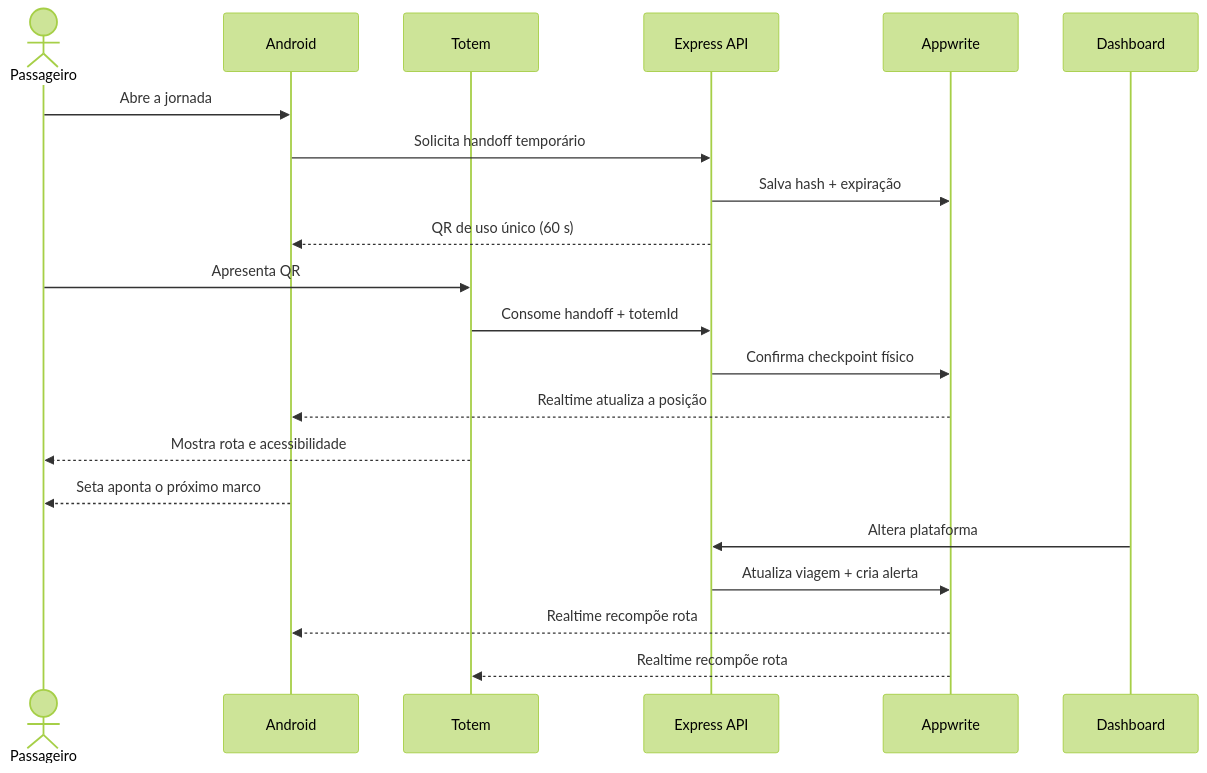
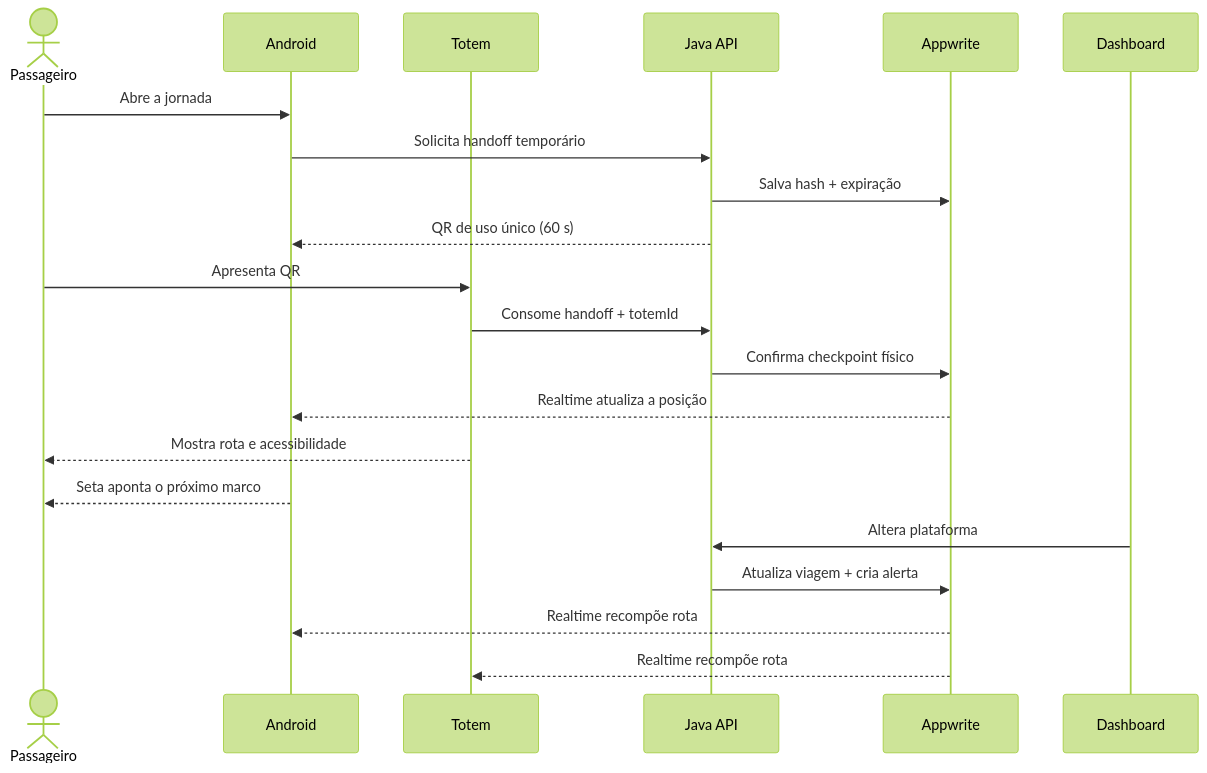
Before and after one commit to willahealm/challenge-fiap: the diagram in docs/04-arquitetura.md, drawn with Mermaid (forest theme). The commit also changed other lines of this file and 11 other files, not shown here.

````diff
--- a/docs/04-arquitetura.md
+++ b/docs/04-arquitetura.md
@@ -18,23 +18,23 @@
 ```mermaid
 sequenceDiagram
     actor P as Passageiro
     participant M as Android
     participant T as Totem
-    participant A as Express API
+    participant A as Java API
     participant W as Appwrite
     participant D as Dashboard
     P->>M: Abre a jornada
     M->>A: Solicita handoff temporário
     A->>W: Salva hash + expiração
     A-->>M: QR de uso único (60 s)
     P->>T: Apresenta QR
     T->>A: Consome handoff + totemId
     A->>W: Confirma checkpoint físico
     W-->>M: Realtime atualiza a posição
     T-->>P: Mostra rota e acessibilidade
     M-->>P: Seta aponta o próximo marco
     D->>A: Altera plataforma
     A->>W: Atualiza viagem + cria alerta
     W-->>M: Realtime recompõe rota
     W-->>T: Realtime recompõe rota
 ```
````
